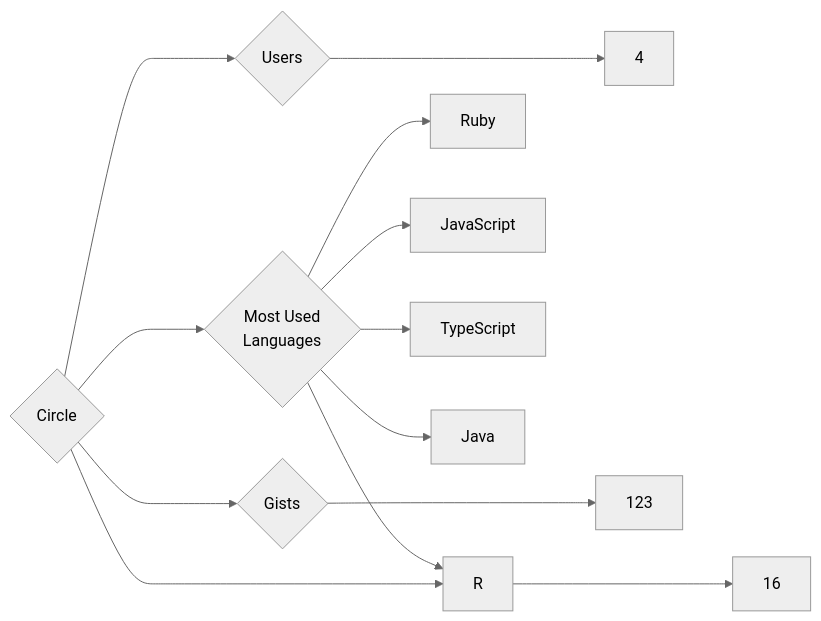
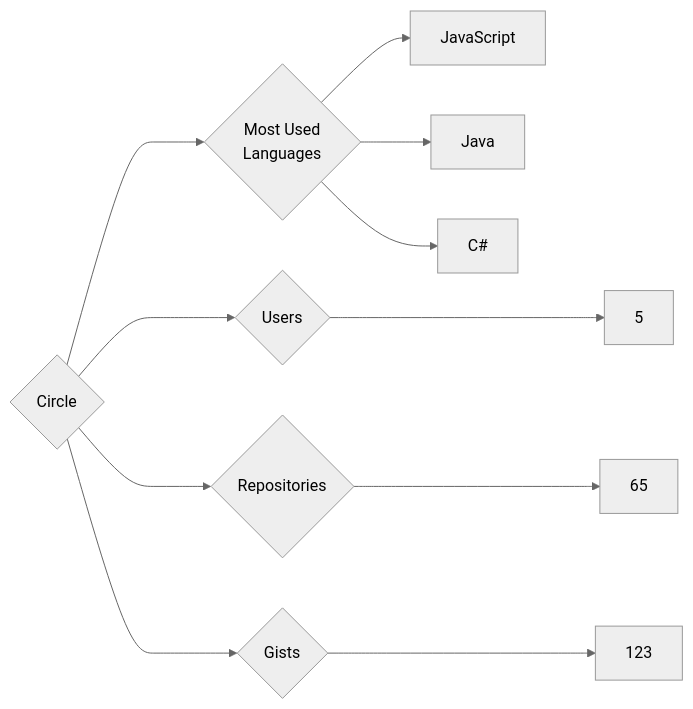
The diagram in targets/Circle/README.md (trickest/insiders), drawn with Mermaid (neutral theme) before and after one commit. The commit also changed 840 other files, not shown here.

````diff
--- a/targets/Circle/README.md
+++ b/targets/Circle/README.md
@@ -3,13 +3,11 @@
 ```mermaid
 graph LR
 COMPANY_NAME{Circle}
-COMPANY_NAME ---> U{Users} ---> UN[4]
-COMPANY_NAME ---> R{Repositories} ---> RN[16]
+COMPANY_NAME ---> U{Users} ---> UN[5]
+COMPANY_NAME ---> R{Repositories} ---> RN[65]
 COMPANY_NAME ---> G{Gists} ---> GN[123]
 COMPANY_NAME ---> ML{Most Used<br>Languages}
-ML --> Ruby[Ruby]
 ML --> JavaScript[JavaScript]
-ML --> R[R]
-ML --> TypeScript[TypeScript]
 ML --> Java[Java]
+ML --> C#[C#]
 ```
````
